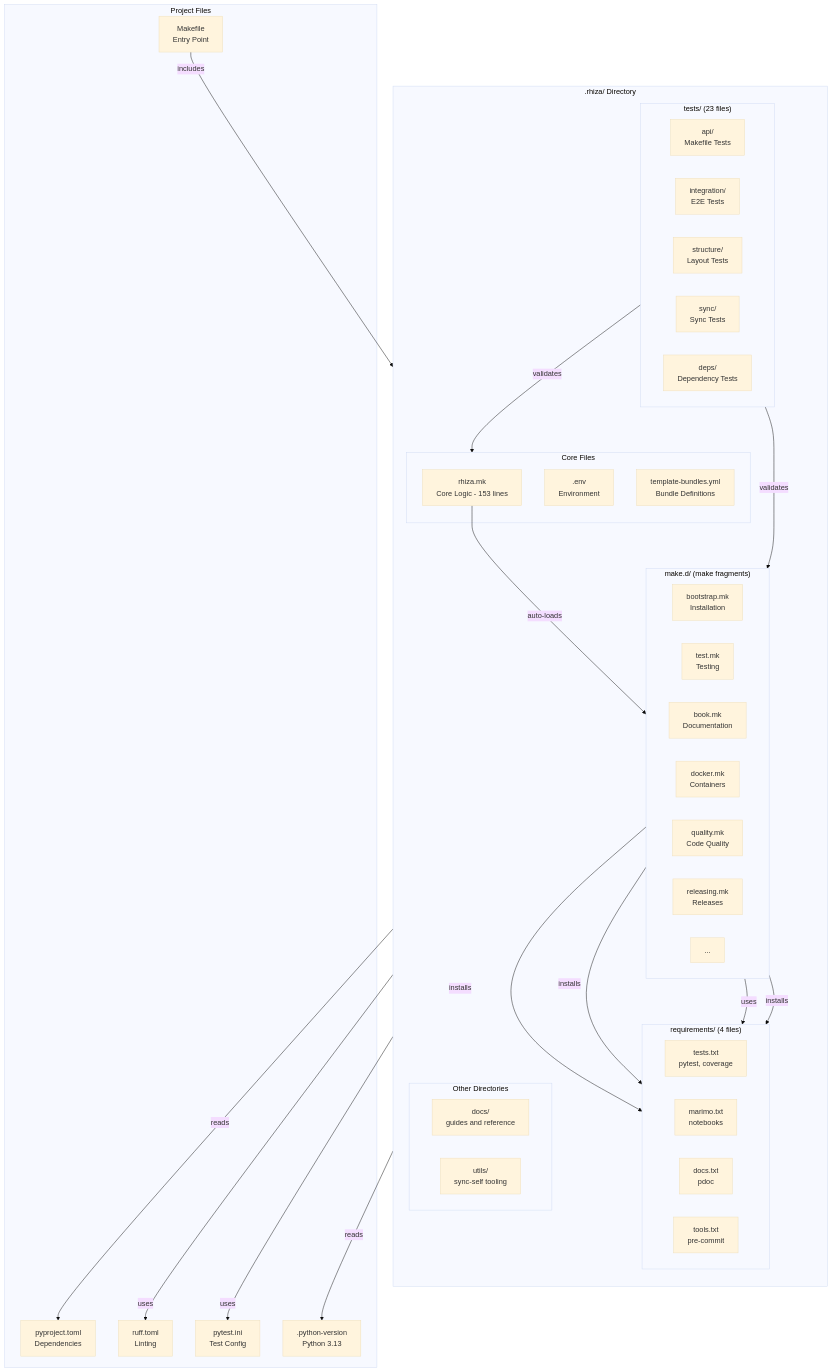
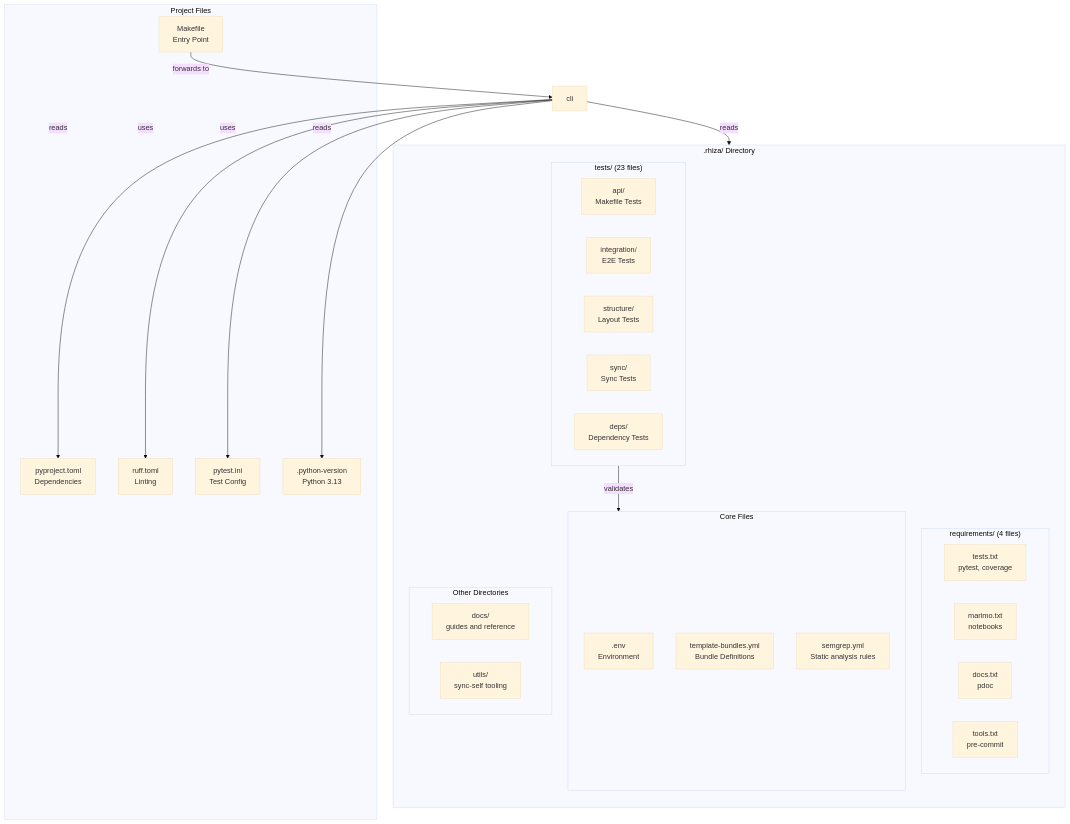
Before and after one commit to Jebel-Quant/rhiza: the seventh of 9 diagrams in docs/reference/ARCHITECTURE.md, drawn with Mermaid (base theme). The commit also changed other lines of this file and 46 other files, not shown here.

````diff
--- a/docs/reference/ARCHITECTURE.md
+++ b/docs/reference/ARCHITECTURE.md
@@ -209,67 +210,51 @@
 ```mermaid
 flowchart TB
     subgraph rhiza[".rhiza/ Directory"]
         direction TB
         
         subgraph core["Core Files"]
-            rhizamk[rhiza.mk<br/>Core Logic - 153 lines]
             env[.env<br/>Environment]
             bundles[template-bundles.yml<br/>Bundle Definitions]
-        end
-        
-        subgraph maked["make.d/ (make fragments)"]
-            direction LR
-            bootstrap[bootstrap.mk<br/>Installation]
-            test[test.mk<br/>Testing]
-            book_mk[book.mk<br/>Documentation]
-            docker_mk[docker.mk<br/>Containers]
-            quality[quality.mk<br/>Code Quality]
-            releasing[releasing.mk<br/>Releases]
-            more[...]
+            semgrep[semgrep.yml<br/>Static analysis rules]
         end
         
         subgraph requirements["requirements/ (4 files)"]
             direction LR
             tests_txt[tests.txt<br/>pytest, coverage]
             marimo_txt[marimo.txt<br/>notebooks]
             docs_txt[docs.txt<br/>pdoc]
             tools_txt[tools.txt<br/>pre-commit]
         end
         
         subgraph tests_dir["tests/ (23 files)"]
             direction LR
             api[api/<br/>Makefile Tests]
             integration[integration/<br/>E2E Tests]
             structure[structure/<br/>Layout Tests]
             sync[sync/<br/>Sync Tests]
             deps[deps/<br/>Dependency Tests]
         end
         
         subgraph other["Other Directories"]
             direction LR
             docs_dir[docs/<br/>guides and reference]
             utils_dir[utils/<br/>sync-self tooling]
         end
     end
     
     subgraph project["Project Files"]
         Makefile[Makefile<br/>Entry Point]
         pyproject[pyproject.toml<br/>Dependencies]
         ruff_toml[ruff.toml<br/>Linting]
         pytest_ini[pytest.ini<br/>Test Config]
         python_version[.python-version<br/>Python 3.13]
     end
     
-    Makefile -->|includes| rhizamk
-    rhizamk -->|auto-loads| maked
-    maked -->|reads| pyproject
-    maked -->|reads| python_version
-    test -->|uses| pytest_ini
-    test -->|installs| tests_txt
-    book_mk -->|installs| docs_txt
-    book_mk -->|uses| marimo_txt
-    quality -->|uses| ruff_toml
-    bootstrap -->|installs| tools_txt
+    Makefile -->|forwards to| cli
+    cli -->|reads| pyproject
+    cli -->|reads| python_version
+    cli -->|uses| pytest_ini
+    cli -->|uses| ruff_toml
+    cli -->|reads| env
     tests_dir -->|validates| core
-    tests_dir -->|validates| maked
 ```
````
